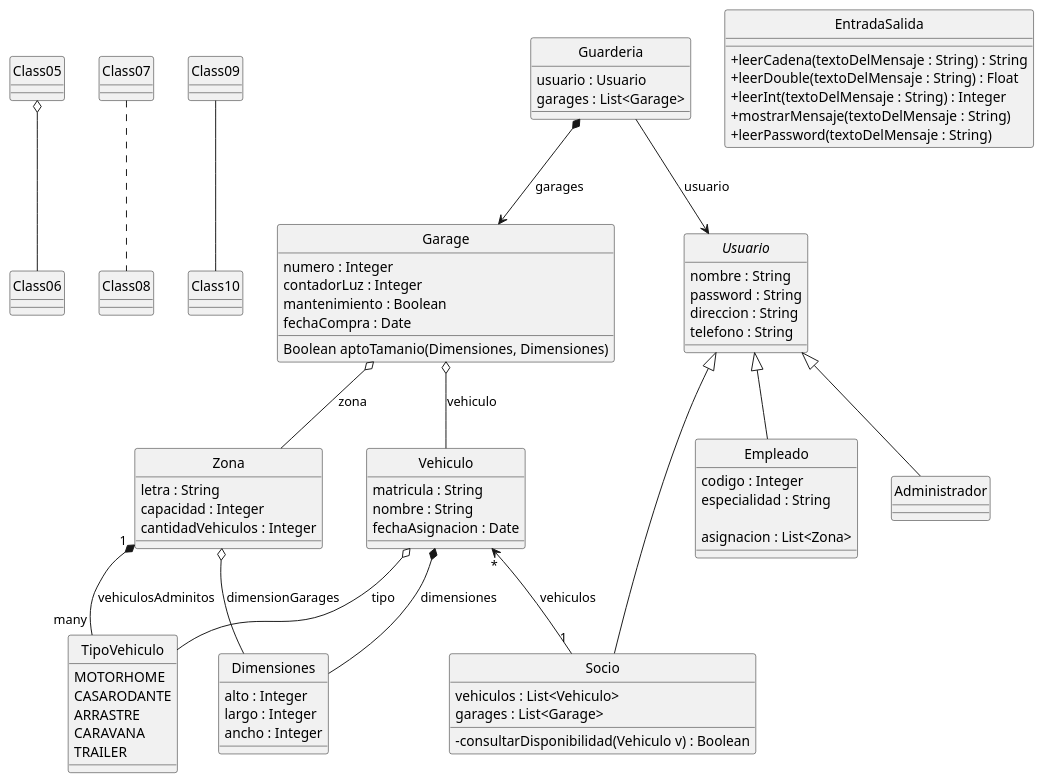
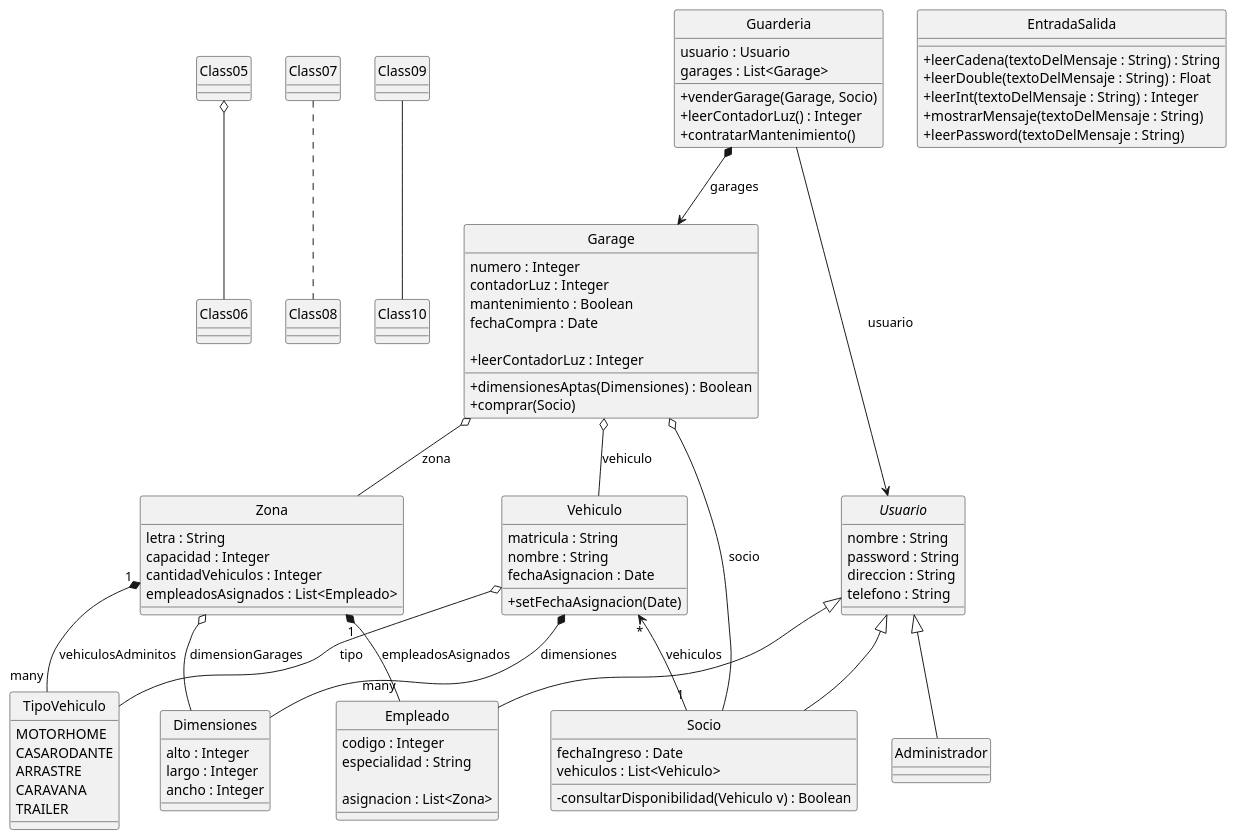
The diagram in resources/plantuml.puml (LeandroFulvio/inspt-p2-guarderia-central), drawn with PlantUML before and after one commit. The commit also changed 8 other files, not shown here.

```diff
--- a/resources/plantuml.puml
+++ b/resources/plantuml.puml
@@ -1,118 +1,129 @@
 @startuml
 hide circle
 skinparam classAttributeIconSize 0
 skinparam backgroundColor transparent
 skinparam monochrome true
 skinparam shadowing false
 
 Class05 o-- Class06
 Class07 .. Class08
 Class09 -- Class10
-
-class Vehiculo {
-  matricula : String
-  nombre : String
-  fechaAsignacion : Date
-}
 
 enum      TipoVehiculo {
   MOTORHOME
   CASARODANTE
   ARRASTRE
   CARAVANA
   TRAILER
 }
 
 class     Dimensiones {
   alto : Integer
   largo : Integer
   ancho : Integer
 }
-
 /'
 **** Vehiculo Composicion con Dimensiones ****
 **** Vehiculo Agregacion con TipoVehiculo ****
 '/
 Vehiculo o-- TipoVehiculo : tipo
 Vehiculo *-- Dimensiones : dimensiones
+
+class Vehiculo {
+  matricula : String
+  nombre : String
+  fechaAsignacion : Date
+
+    + setFechaAsignacion(Date)
+}
+
 Vehiculo "*" <-- "1" Socio : vehiculos
 
 class     Garage {
   numero : Integer
   contadorLuz : Integer
   mantenimiento : Boolean
   fechaCompra : Date
 
-  Boolean aptoTamanio(Dimensiones, Dimensiones)
+    + dimensionesAptas(Dimensiones) : Boolean
+    + comprar(Socio)
+    + leerContadorLuz : Integer
 }
 /'
 **** Garage Composicion con Vehiculo ****
 **** Garage Agregacion con Zona ****
 '/
 Garage o-- Vehiculo : vehiculo
 Garage o-- Zona : zona
-
+Garage o-- Socio : socio
+/'
+**** Garage Agregacion con Socio **** ?? No se si es ideal...
+'/
 
 class     Guarderia {
   usuario : Usuario
   garages : List<Garage>
 
-
+    + venderGarage(Garage, Socio)
+    + leerContadorLuz() : Integer
+    + contratarMantenimiento()
 }
 
 Guarderia *--> Garage : garages
 Guarderia --> Usuario : usuario
 
 class     Zona {
   letra : String
   capacidad : Integer
   cantidadVehiculos : Integer
+  empleadosAsignados : List<Empleado>
 }
 
 Zona o-- Dimensiones : dimensionGarages
 Zona "1" *-- "many" TipoVehiculo : vehiculosAdminitos
+Zona "1" *-- "many" Empleado : empleadosAsignados
 
 
 abstract class Usuario {
   nombre : String
   password : String
   direccion : String
   telefono : String
 }
 
 class     Socio {
+  fechaIngreso : Date
   vehiculos : List<Vehiculo>
-  garages : List<Garage>
-  
+
   - consultarDisponibilidad(Vehiculo v) : Boolean
 
 }
 
 class     Empleado {
   codigo : Integer
   especialidad : String
 
   asignacion : List<Zona>
 
 }
 
 class     Administrador {
 
 
 }
 
 Usuario <|-- Administrador
 Usuario <|-- Empleado
 Usuario <|-- Socio
 
 
 Class EntradaSalida {
   +leerCadena(textoDelMensaje : String) : String
   +leerDouble(textoDelMensaje : String) : Float
   +leerInt(textoDelMensaje : String) : Integer
   +mostrarMensaje(textoDelMensaje : String)
   +leerPassword(textoDelMensaje : String)
 }
 
 
 @enduml
```
